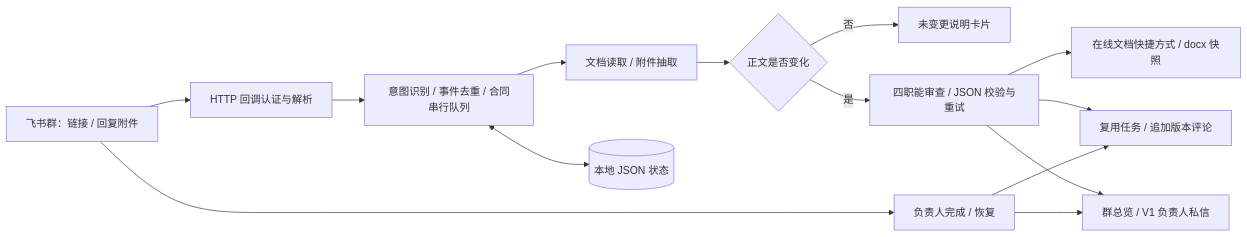
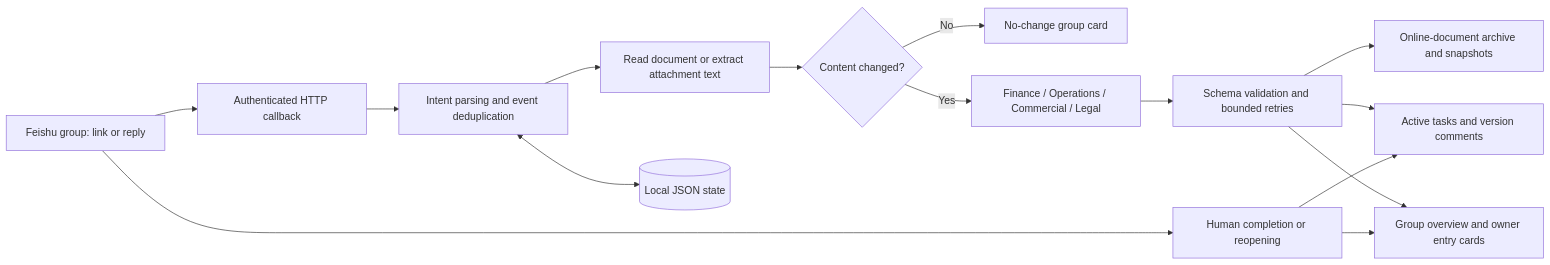
One commit to ericli-88/Cross-Functional-Contract-Copilot changed the diagram in README.md. Above: the diagram before and after it, drawn with Mermaid. The commit also changed other lines of this file and 35 other files, not shown here.

````diff
--- a/README.md
+++ b/README.md
@@ -166,16 +112,17 @@
 ```mermaid
 flowchart LR
-    A[飞书群：链接 / 回复附件] --> B[HTTP 回调认证与解析]
-    B --> C[意图识别 / 事件去重 / 合同串行队列]
-    C --> D[文档读取 / 附件抽取]
-    D --> E{正文是否变化}
-    E -- 否 --> F[未变更说明卡片]
-    E -- 是 --> G[四职能审查 / JSON 校验与重试]
-    G --> H[群总览 / V1 负责人私信]
-    G --> I[复用任务 / 追加版本评论]
-    G --> J[在线文档快捷方式 / docx 快照]
-    C <--> K[(本地 JSON 状态)]
-    A --> L[负责人完成 / 恢复]
-    L --> I
-    L --> H
+    A[Feishu group: link or reply] --> B[Authenticated HTTP callback]
+    B --> C[Intent parsing and event deduplication]
+    C --> D[Read document or extract attachment text]
+    D --> E{Content changed?}
+    E -- No --> F[No-change group card]
+    E -- Yes --> G[Finance / Operations / Commercial / Legal]
+    G --> H[Schema validation and bounded retries]
+    H --> I[Group overview and owner entry cards]
+    H --> J[Active tasks and version comments]
+    H --> K[Online-document archive and snapshots]
+    C <--> L[(Local JSON state)]
+    A --> M[Human completion or reopening]
+    M --> J
+    M --> I
 ```
````
